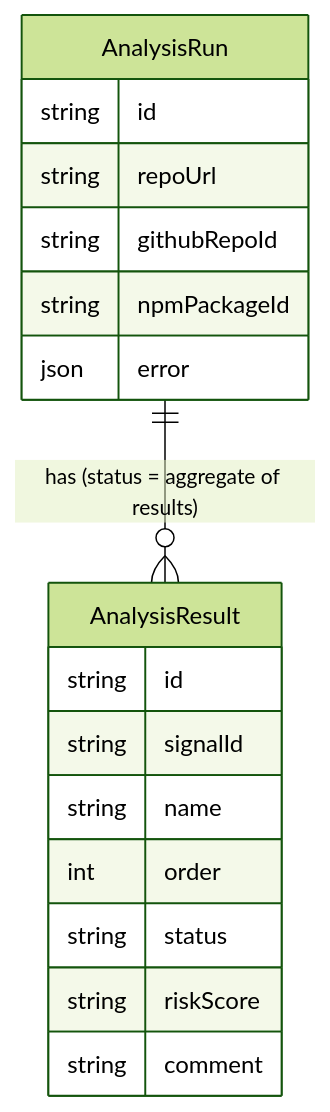
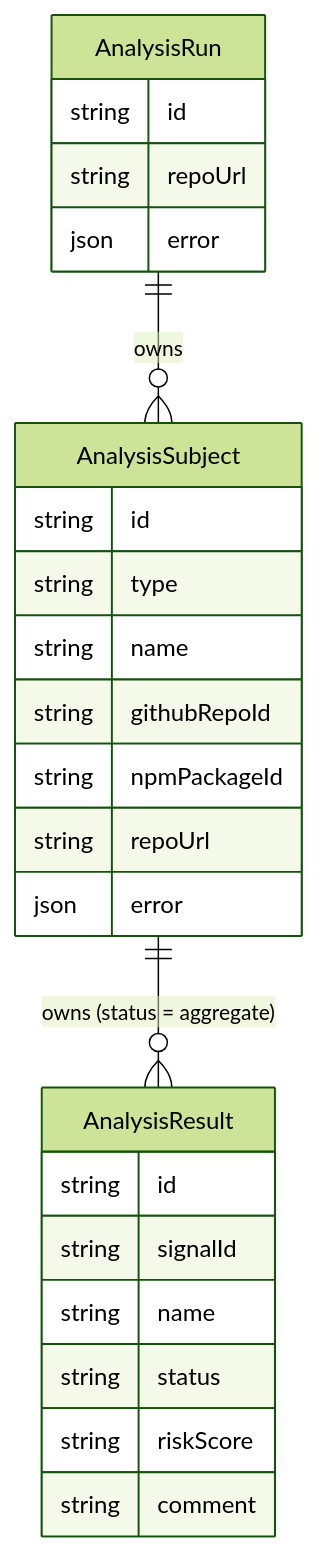
One commit to phritz/isitsketchy changed the first of 2 diagrams in plan/analysis.md. Above: the diagram before and after it, drawn with Mermaid (forest theme). The commit also changed other lines of this file and 12 other files, not shown here.

````diff
--- a/plan/analysis.md
+++ b/plan/analysis.md
@@ -10,20 +17,27 @@
 ```mermaid
 erDiagram
-    AnalysisRun ||--o{ AnalysisResult : "has (status = aggregate of results)"
+    AnalysisRun ||--o{ AnalysisSubject : owns
+    AnalysisSubject ||--o{ AnalysisResult : "owns (status = aggregate)"
     AnalysisRun {
         string id
         string repoUrl
+        json error
+    }
+    AnalysisSubject {
+        string id
+        string type
+        string name
         string githubRepoId
         string npmPackageId
+        string repoUrl
         json error
     }
     AnalysisResult {
         string id
         string signalId
         string name
-        int order
         string status
         string riskScore
         string comment
     }
 ```
````
